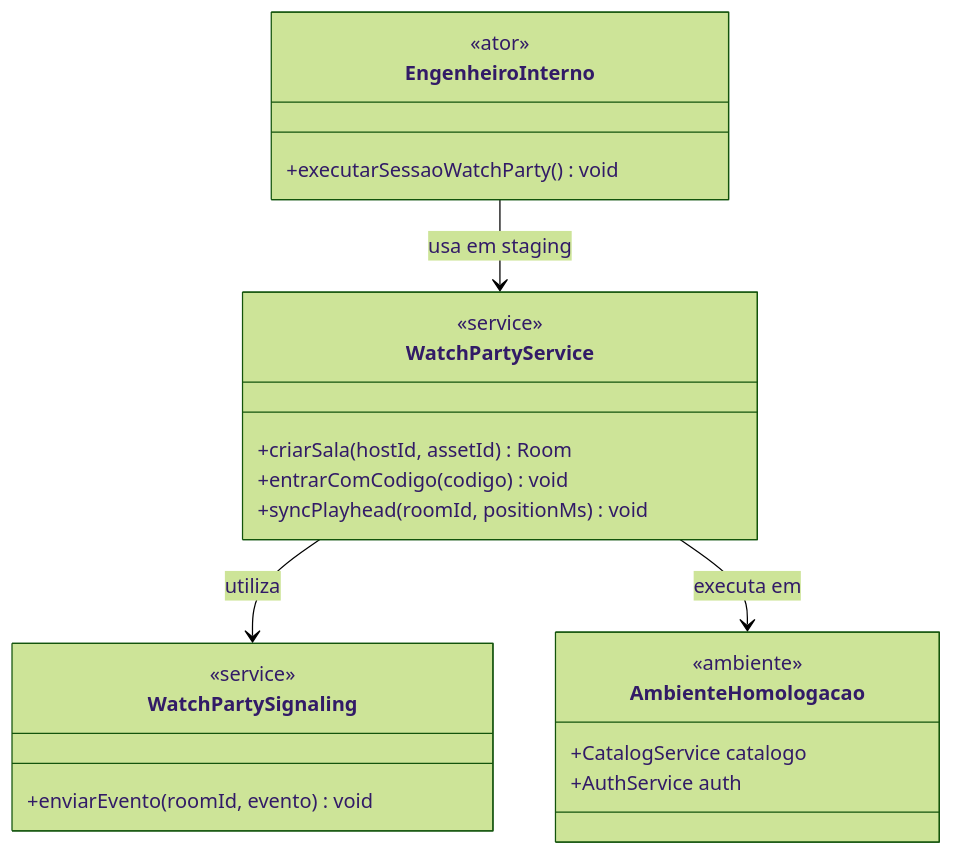
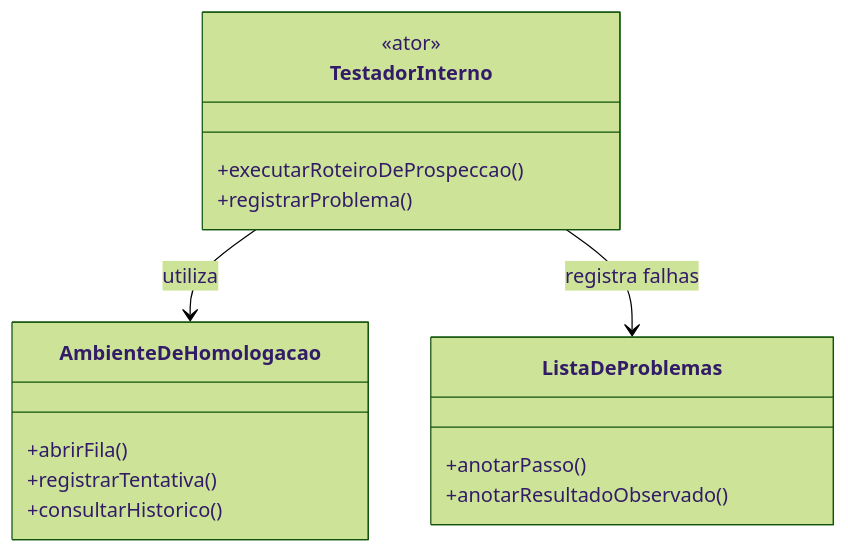
One commit to DiogoBAguiar/atividade-testes-software changed the ninth of 14 diagrams in README.md. Above: the diagram before and after it, drawn with Mermaid (forest theme). The commit also changed other lines of this file and 37 other files, not shown here.

````diff
--- a/README.md
+++ b/README.md
@@ -593,29 +318,20 @@
 ```mermaid
 classDiagram
-    class EngenheiroInterno {
+    class TestadorInterno {
         <<ator>>
-        +executarSessaoWatchParty() void
+        +executarRoteiroDeProspeccao()
+        +registrarProblema()
+    }
+    class AmbienteDeHomologacao {
+        +abrirFila()
+        +registrarTentativa()
+        +consultarHistorico()
+    }
+    class ListaDeProblemas {
+        +anotarPasso()
+        +anotarResultadoObservado()
     }
 
-    class WatchPartyService {
-        <<service>>
-        +criarSala(hostId, assetId) Room
-        +entrarComCodigo(codigo) void
-        +syncPlayhead(roomId, positionMs) void
-    }
-
-    class WatchPartySignaling {
-        <<service>>
-        +enviarEvento(roomId, evento) void
-    }
-
-    class AmbienteHomologacao {
-        <<ambiente>>
-        +CatalogService catalogo
-        +AuthService auth
-    }
-
-    EngenheiroInterno --> WatchPartyService : usa em staging
-    WatchPartyService --> WatchPartySignaling : utiliza
-    WatchPartyService --> AmbienteHomologacao : executa em
+    TestadorInterno --> AmbienteDeHomologacao : utiliza
+    TestadorInterno --> ListaDeProblemas : registra falhas
 ```
````
